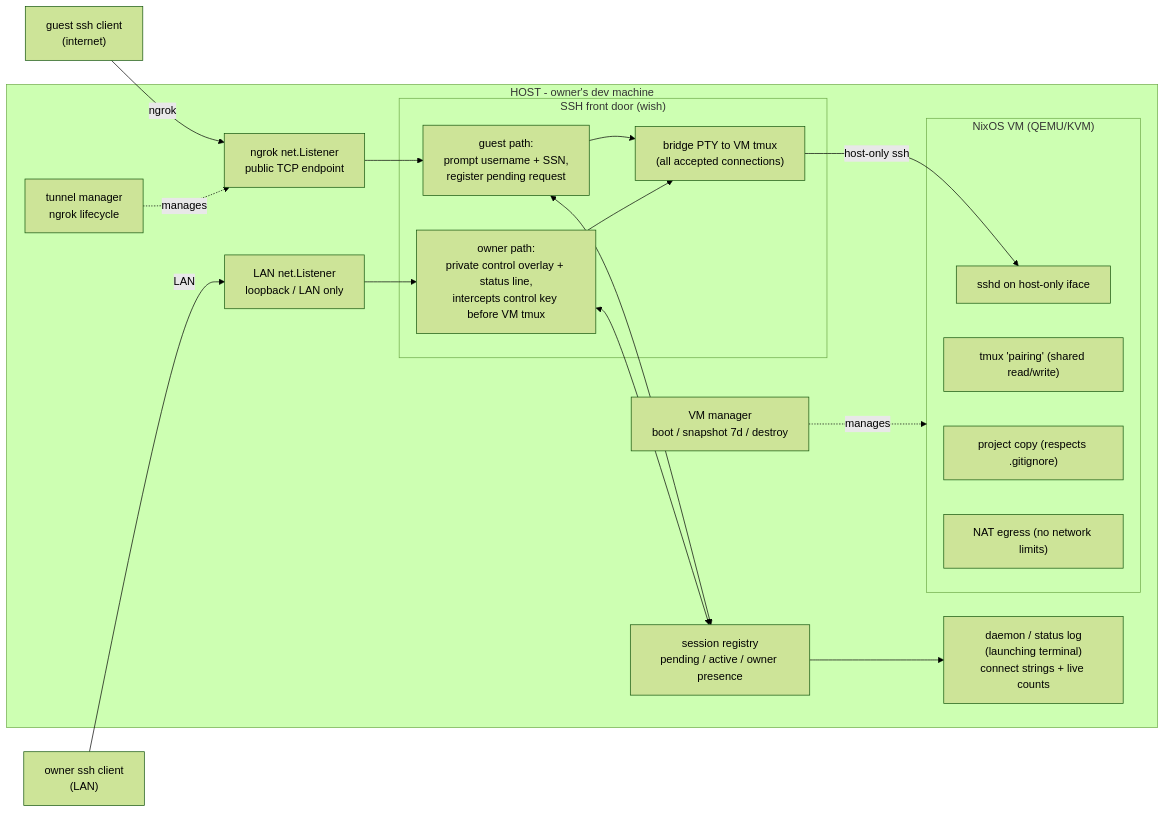
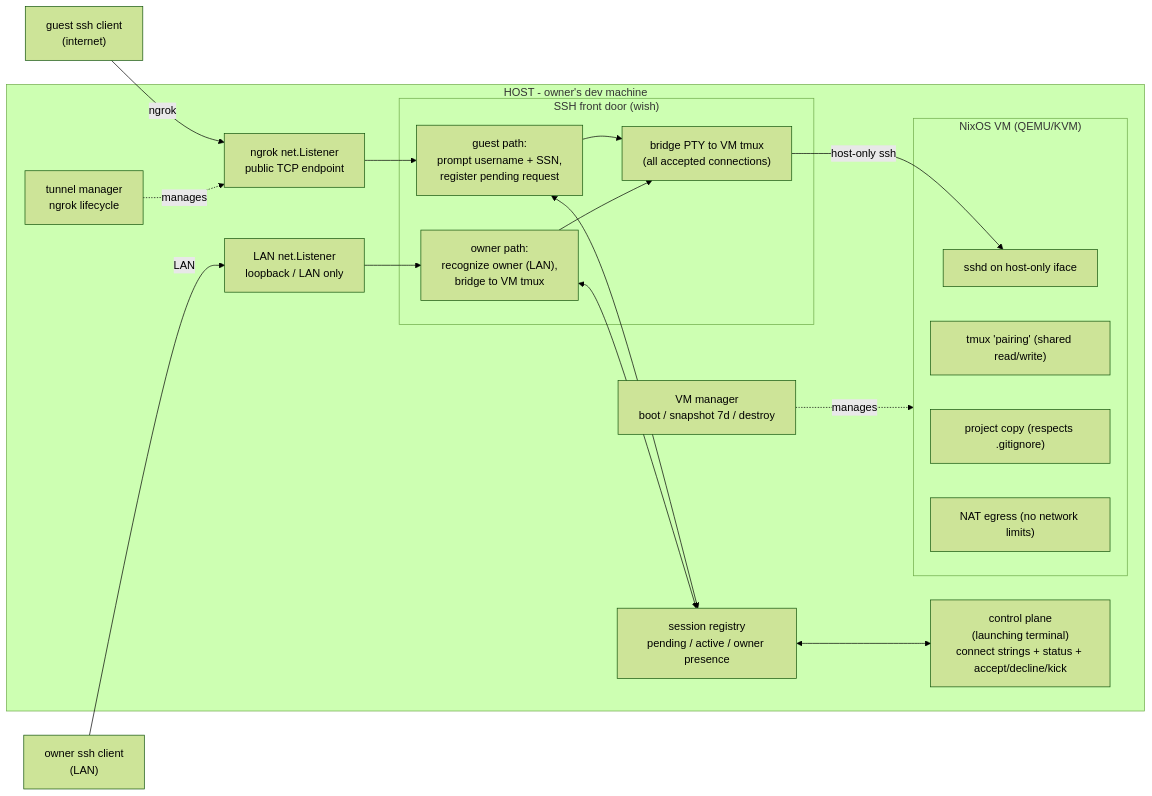
Before and after one commit to miccah/social-security: the first of 4 diagrams in docs/DESIGN.md, drawn with Mermaid (forest theme). The commit also changed other lines of this file, not shown here.

````diff
--- a/docs/DESIGN.md
+++ b/docs/DESIGN.md
@@ -53,39 +51,39 @@
 ```mermaid
 flowchart LR
     G["guest ssh client<br/>(internet)"]
     O["owner ssh client<br/>(LAN)"]
 
     subgraph HOST["HOST - owner's dev machine"]
         NG["ngrok net.Listener<br/>public TCP endpoint"]
         LN["LAN net.Listener<br/>loopback / LAN only"]
 
         subgraph FD["SSH front door (wish)"]
             FG["guest path:<br/>prompt username + SSN,<br/>register pending request"]
-            FO["owner path:<br/>private control overlay + status line,<br/>intercepts control key before VM tmux"]
+            FO["owner path:<br/>recognize owner (LAN),<br/>bridge to VM tmux"]
             BR["bridge PTY to VM tmux<br/>(all accepted connections)"]
         end
 
         REG["session registry<br/>pending / active / owner presence"]
-        DMN["daemon / status log<br/>(launching terminal)<br/>connect strings + live counts"]
+        DMN["control plane<br/>(launching terminal)<br/>connect strings + status + accept/decline/kick"]
         TUN["tunnel manager<br/>ngrok lifecycle"]
         VMM["VM manager<br/>boot / snapshot 7d / destroy"]
 
         subgraph VM["NixOS VM (QEMU/KVM)"]
             SSHD["sshd on host-only iface"]
             TMUX["tmux 'pairing' (shared read/write)"]
             PROJ["project copy (respects .gitignore)"]
             NET["NAT egress (no network limits)"]
         end
     end
 
     G -->|ngrok| NG --> FG
     O -->|LAN| LN --> FO
     FG <--> REG
     FO <--> REG
-    REG --> DMN
+    REG <--> DMN
     FG --> BR
     FO --> BR
     BR -->|host-only ssh| SSHD
     TUN -.manages.-> NG
     VMM -.manages.-> VM
 ```
````
